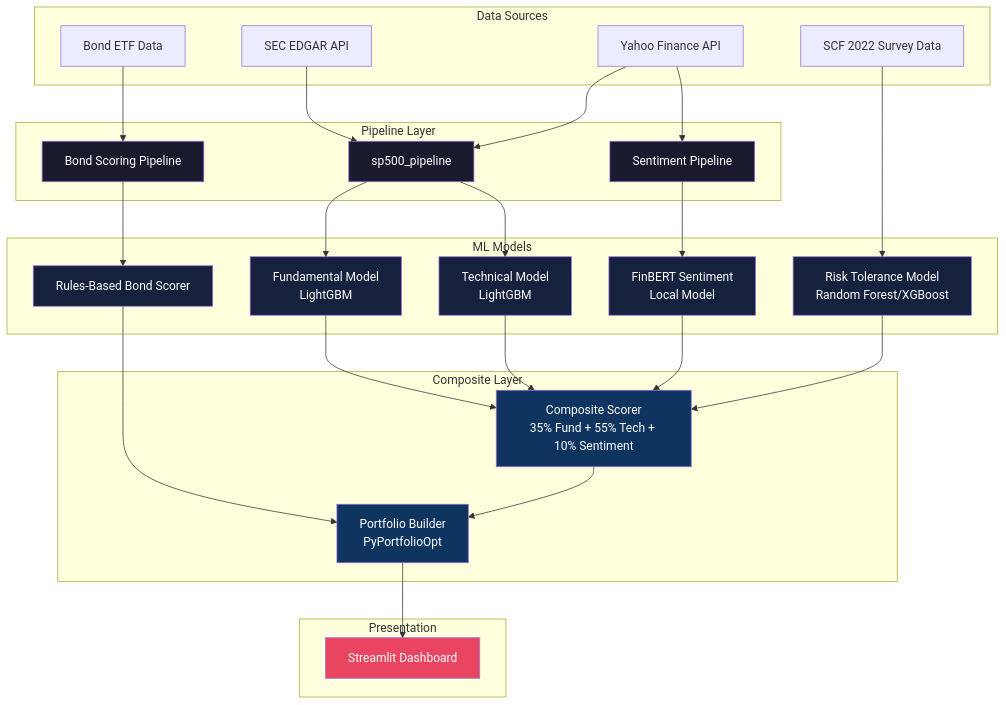
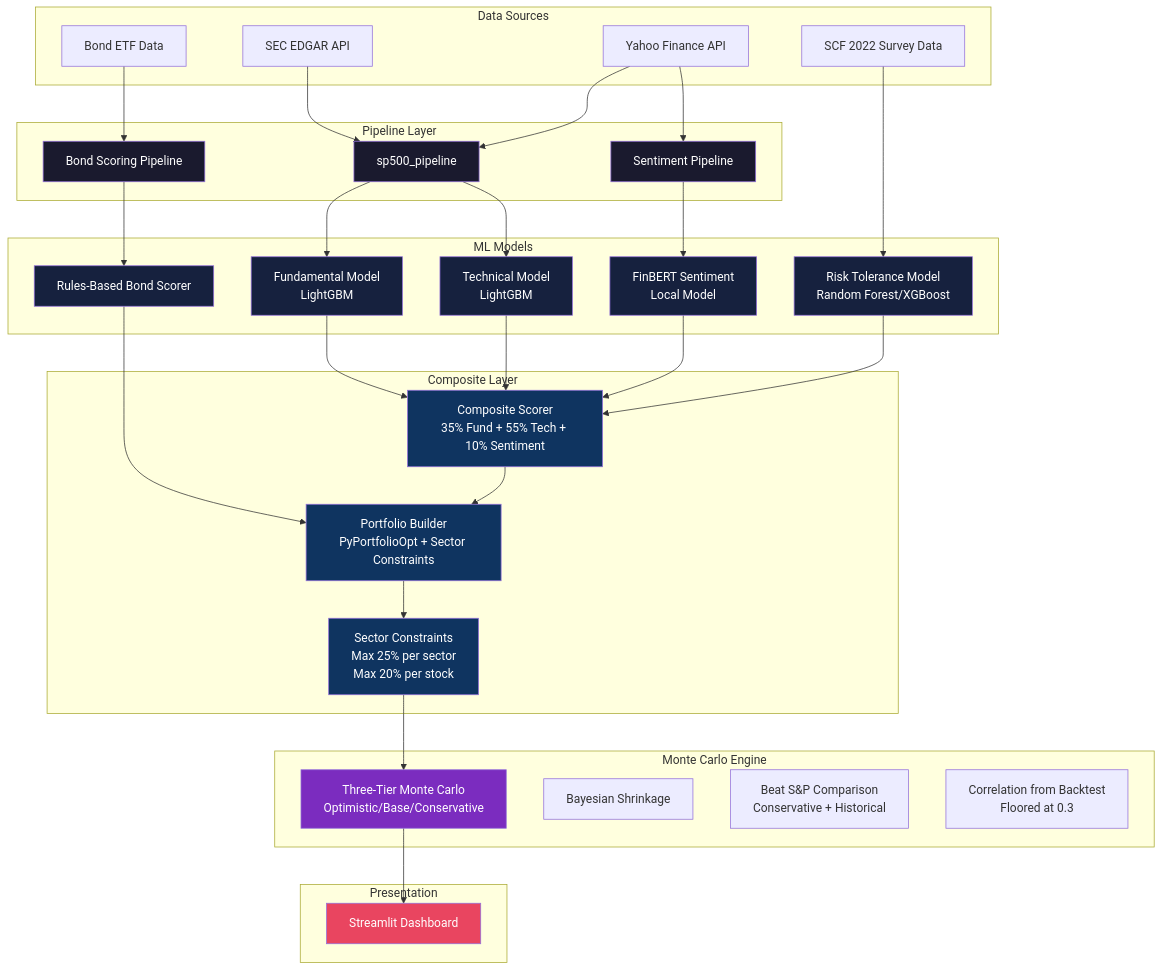
Before and after one commit to HansalBhangale/data: the first of 13 diagrams in README.md, drawn with Mermaid. The commit also changed other lines of this file and 5 other files, not shown here.

````diff
--- a/README.md
+++ b/README.md
@@ -9,62 +9,73 @@
 ```mermaid
 flowchart TB
     subgraph "Data Sources"
         SEC[SEC EDGAR API]
         YF[Yahoo Finance API]
         SCF[SCF 2022 Survey Data]
         BD[Bond ETF Data]
     end
 
     subgraph "Pipeline Layer"
         Pipe[sp500_pipeline]
         BondPipe[Bond Scoring Pipeline]
         SentPipe[Sentiment Pipeline]
     end
 
     subgraph "ML Models"
         FundML[Fundamental Model<br/>LightGBM]
         TechML[Technical Model<br/>LightGBM]
         RiskML[Risk Tolerance Model<br/>Random Forest/XGBoost]
         BondScorer[Rules-Based Bond Scorer]
         SentML[FinBERT Sentiment<br/>Local Model]
     end
 
     subgraph "Composite Layer"
         Comp[Composite Scorer<br/>35% Fund + 55% Tech + 10% Sentiment]
-        Port[Portfolio Builder<br/>PyPortfolioOpt]
+        Port[Portfolio Builder<br/>PyPortfolioOpt + Sector Constraints]
+        Sector[Sector Constraints<br/>Max 25% per sector<br/>Max 20% per stock]
+    end
+
+    subgraph "Monte Carlo Engine"
+        MC[Three-Tier Monte Carlo<br/>Optimistic/Base/Conservative]
+        Bayesian[Bayesian Shrinkage]
+        BeatS&P[Beat S&P Comparison<br/>Conservative + Historical]
+        Corr[Correlation from Backtest<br/>Floored at 0.3]
     end
 
     subgraph "Presentation"
         GUI[Streamlit Dashboard]
     end
 
     SEC --> Pipe
     YF --> Pipe
     YF --> SentPipe
     Pipe --> FundML
     Pipe --> TechML
     SCF --> RiskML
     BD --> BondPipe
     SentPipe --> SentML
     BondPipe --> BondScorer
     FundML --> Comp
     TechML --> Comp
     SentML --> Comp
     RiskML --> Comp
     BondScorer --> Port
     Comp --> Port
-    Port --> GUI
+    Port --> Sector
+    Sector --> MC
+    MC --> GUI
 
     style Pipe fill:#1a1a2e,color:#fff
     style BondPipe fill:#1a1a2e,color:#fff
     style SentPipe fill:#1a1a2e,color:#fff
     style FundML fill:#16213e,color:#fff
     style TechML fill:#16213e,color:#fff
     style RiskML fill:#16213e,color:#fff
     style BondScorer fill:#16213e,color:#fff
     style SentML fill:#16213e,color:#fff
     style Comp fill:#0f3460,color:#fff
     style Port fill:#0f3460,color:#fff
-    style GUI fill:#e94560,color:#fff
+    style Sector fill:#0f3460,color:#fff
+    style MC fill:#7b2cbf,color:#fff
     style GUI fill:#e94560,color:#fff
 ```
````
